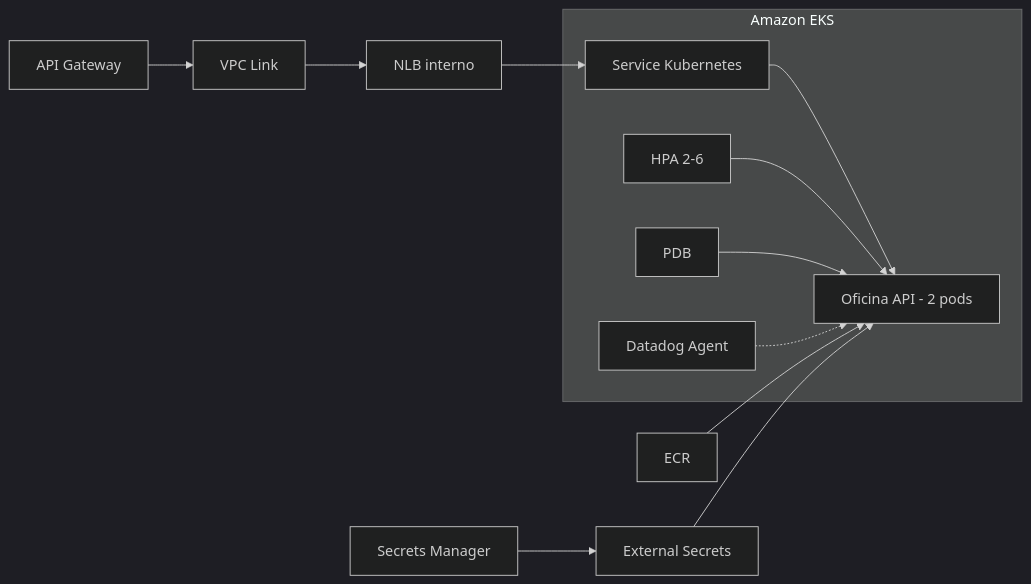
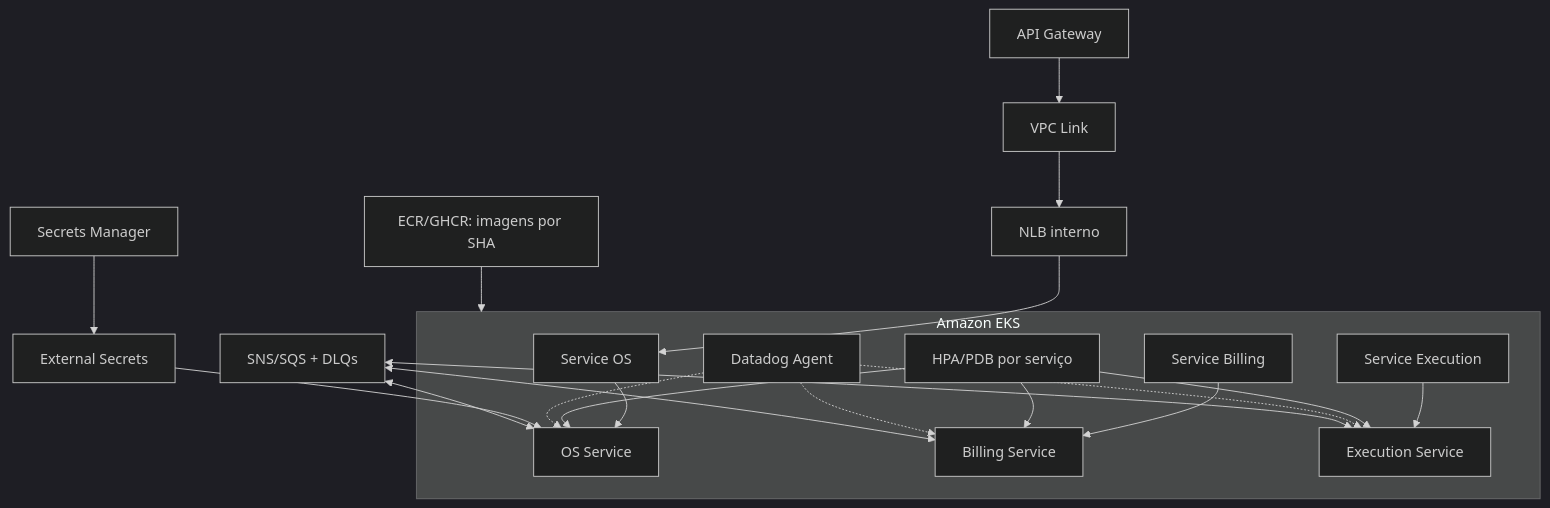
The diagram in README.md (maypinheiro/oficina-k8s-infra), drawn with Mermaid (dark theme) before and after one commit. The commit also changed other lines of this file and 1 other file, not shown here.

Commit message:
docs: detalhar arquitetura e requisitos da fase 4

````diff
--- a/README.md
+++ b/README.md
@@ -17,14 +17,22 @@
 ```mermaid
-flowchart LR
+flowchart TB
   GW["API Gateway"] --> VPCL["VPC Link"]
   VPCL --> NLB["NLB interno"]
-  NLB --> SVC["Service Kubernetes"]
+  NLB --> OSSVC["Service OS"]
   subgraph EKS["Amazon EKS"]
-    SVC --> API["Oficina API - 2 pods"]
-    HPA["HPA 2-6"] --> API
-    PDB["PDB"] --> API
-    DD["Datadog Agent"] -.-> API
+    OSSVC --> OS["OS Service"]
+    BSVC["Service Billing"] --> Billing["Billing Service"]
+    ESVC["Service Execution"] --> Execution["Execution Service"]
+    HPA["HPA/PDB por serviço"] --> OS
+    HPA --> Billing
+    HPA --> Execution
+    DD["Datadog Agent"] -.-> OS
+    DD -.-> Billing
+    DD -.-> Execution
   end
-  ECR["ECR"] --> API
-  SM["Secrets Manager"] --> ESO["External Secrets"] --> API
+  ECR["ECR/GHCR: imagens por SHA"] --> EKS
+  SM["Secrets Manager"] --> ESO["External Secrets"] --> OS
+  MQ["SNS/SQS + DLQs"] <--> OS
+  MQ <--> Billing
+  MQ <--> Execution
 ```
````
